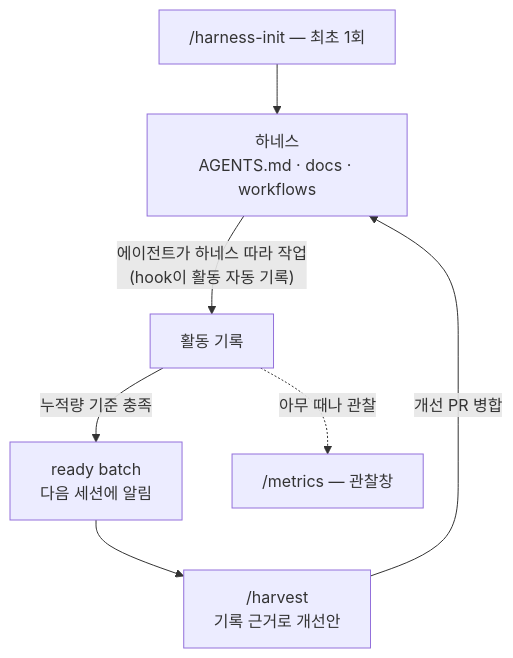
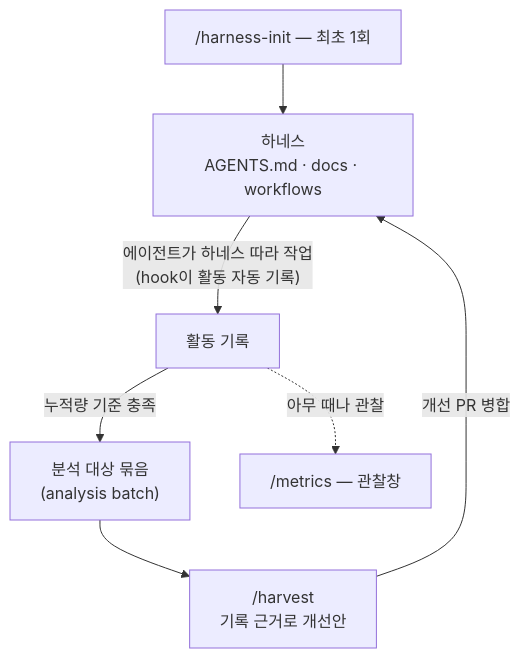
The diagram in README.md (cano721/ai-harness), drawn with Mermaid before and after one commit. The commit also changed other lines of this file and 21 other files, not shown here.

````diff
--- a/README.md
+++ b/README.md
@@ -23,9 +23,9 @@
 ```mermaid
 flowchart TD
     I["/harness-init — 최초 1회"] --> H["하네스<br/>AGENTS.md · docs · workflows"]
     H -->|"에이전트가 하네스 따라 작업<br/>(hook이 활동 자동 기록)"| R["활동 기록"]
-    R -->|"누적량 기준 충족"| Q["ready batch<br/>다음 세션에 알림"]
+    R -->|"누적량 기준 충족"| Q["분석 대상 묶음<br/>(analysis batch)"]
     Q --> V["/harvest<br/>기록 근거로 개선안"]
     V -->|"개선 PR 병합"| H
     R -.->|"아무 때나 관찰"| M["/metrics — 관찰창"]
 ```
````
